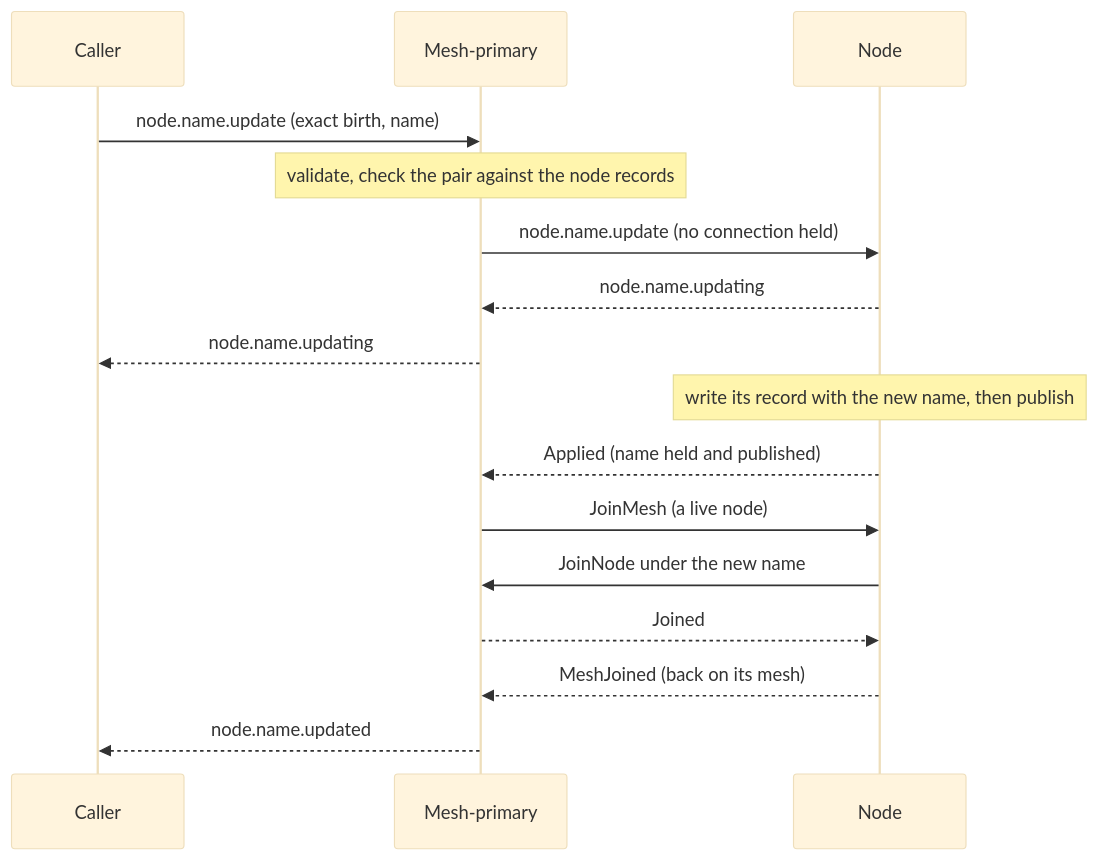
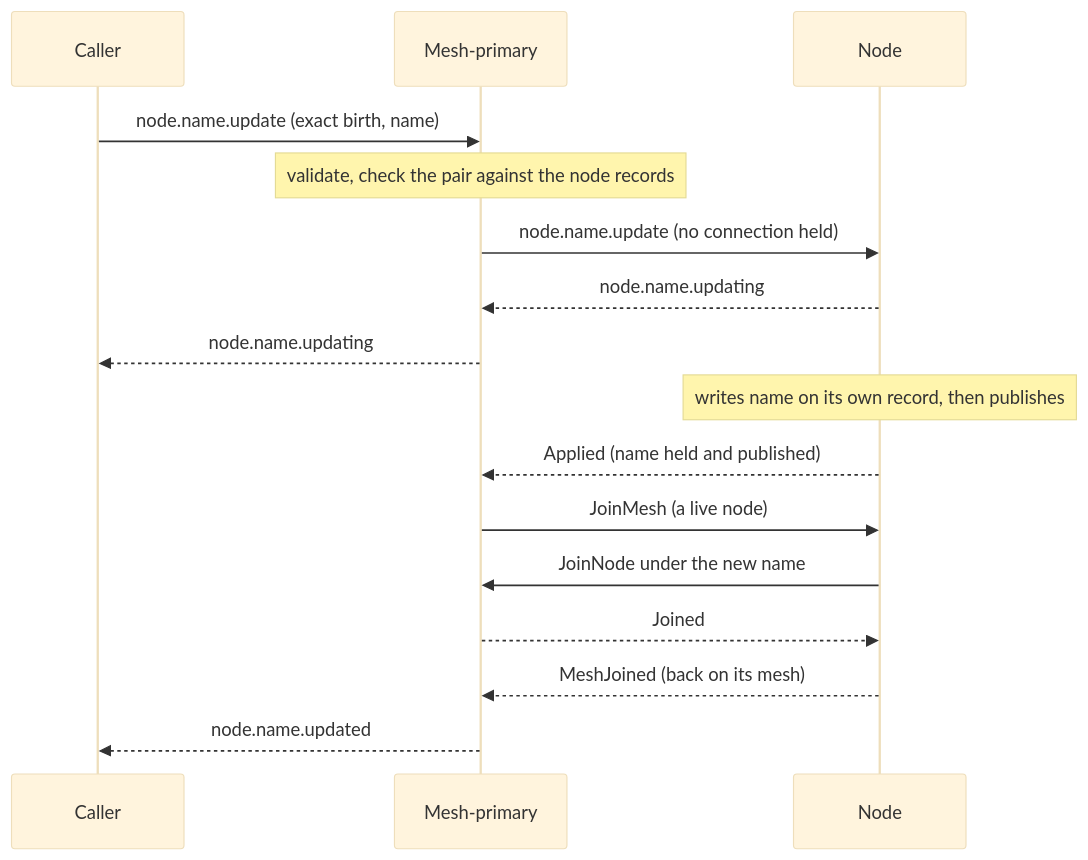
The diagram in docs/architecture/lifecycles/node-name-update.md (drlukeangel/rust-distributed-mesh), drawn with Mermaid (base theme) before and after one commit. The commit also changed other lines of this file and 38 other files, not shown here.

First line of the commit message:
docs(architecture, Q368): every lifecycle page has States written, each state's stored line in full and its write marked in the diagram

````diff
--- a/docs/architecture/lifecycles/node-name-update.md
+++ b/docs/architecture/lifecycles/node-name-update.md
@@ -66,18 +66,18 @@
 ```mermaid
 sequenceDiagram
     participant C as Caller
     participant M as Mesh-primary
     participant N as Node
     C->>M: node.name.update (exact birth, name)
     Note over M: validate, check the pair against the node records
     M->>N: node.name.update (no connection held)
     N-->>M: node.name.updating
     M-->>C: node.name.updating
-    Note over N: write its record with the new name, then publish
+    Note over N: writes name on its own record, then publishes
     N-->>M: Applied (name held and published)
     M->>N: JoinMesh (a live node)
     N->>M: JoinNode under the new name
     M-->>N: Joined
     N-->>M: MeshJoined (back on its mesh)
     M-->>C: node.name.updated
 ```
````
